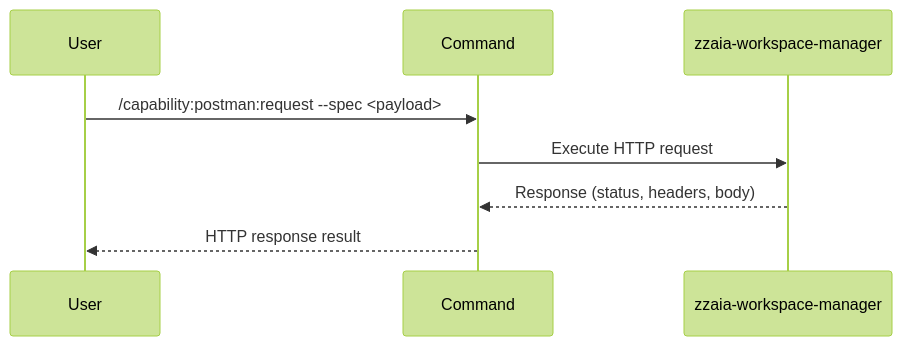
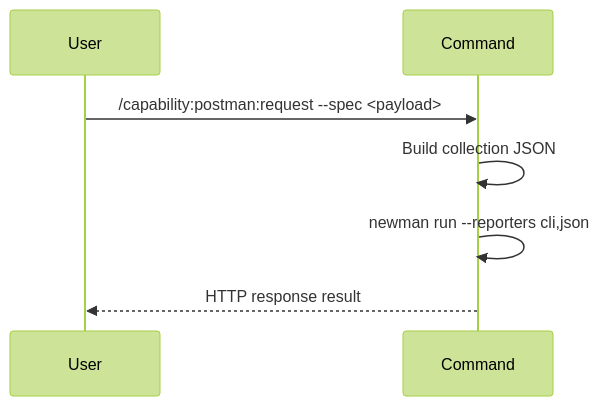
One commit to zzaia/zzaia-agentic-workspace changed the diagram in .claude/commands/capability/postman/request/SKILL.md. Above: the diagram before and after it, drawn with Mermaid (forest theme). The commit also changed other lines of this file and 3 other files, not shown here.

Commit message:
Improving the homologate work flow;

````diff
--- a/.claude/commands/capability/postman/request/SKILL.md
+++ b/.claude/commands/capability/postman/request/SKILL.md
@@ -35,11 +21,10 @@
 ```mermaid
 sequenceDiagram
     participant U as User
     participant C as Command
-    participant W as zzaia-workspace-manager
 
     U->>C: /capability:postman:request --spec <payload>
-    C->>W: Execute HTTP request
-    W-->>C: Response (status, headers, body)
+    C->>C: Build collection JSON
+    C->>C: newman run --reporters cli,json
     C-->>U: HTTP response result
 ```
````
